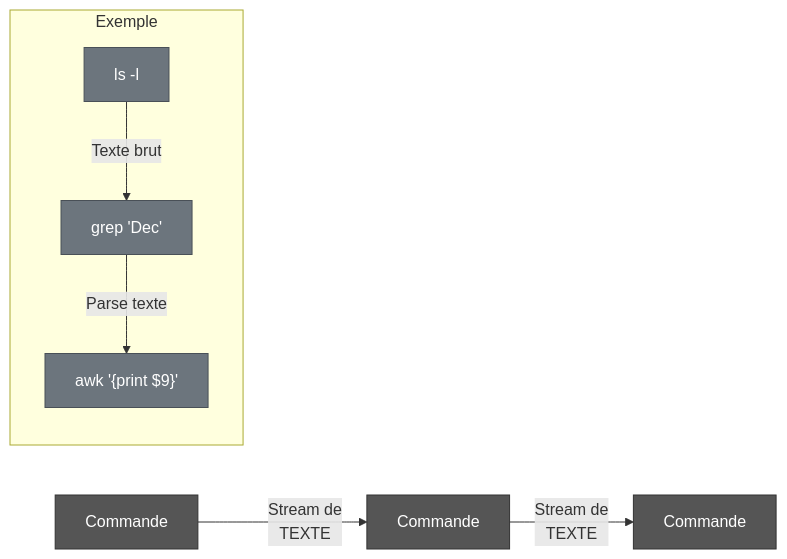
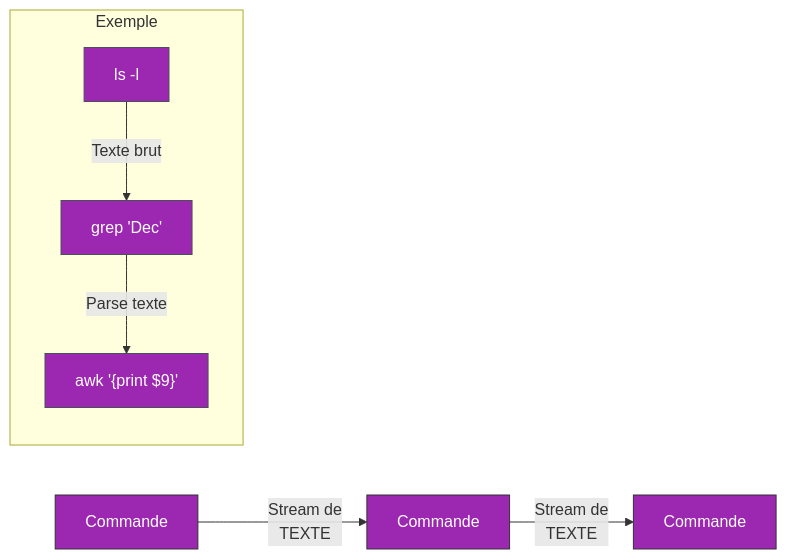
Before and after one commit to VBlackJack/ShellBook: the first of 2 diagrams in docs/windows/powershell-foundations.md, drawn with Mermaid. The commit also changed other lines of this file and 337 other files, not shown here.

First line of the commit message:
refactor(docs): Standardize code blocks and Mermaid colors

````diff
--- a/docs/windows/powershell-foundations.md
+++ b/docs/windows/powershell-foundations.md
@@ -21,15 +21,15 @@
 ```mermaid
 flowchart LR
     A[Commande] -->|Stream de<br/>TEXTE| B[Commande] -->|Stream de<br/>TEXTE| C[Commande]
 
     subgraph Exemple
         D["ls -l"] -->|Texte brut| E["grep 'Dec'"] -->|Parse texte| F["awk '{print $9}'"]
     end
 
-    style A fill:#555,stroke:#333,color:#fff
-    style B fill:#555,stroke:#333,color:#fff
-    style C fill:#555,stroke:#333,color:#fff
-    style D fill:#6c757d,stroke:#495057,color:#fff
-    style E fill:#6c757d,stroke:#495057,color:#fff
-    style F fill:#6c757d,stroke:#495057,color:#fff
+    style A fill:#9C27B0,stroke:#333,color:#fff
+    style B fill:#9C27B0,stroke:#333,color:#fff
+    style C fill:#9C27B0,stroke:#333,color:#fff
+    style D fill:#9C27B0,stroke:#495057,color:#fff
+    style E fill:#9C27B0,stroke:#495057,color:#fff
+    style F fill:#9C27B0,stroke:#495057,color:#fff
 ```
````
